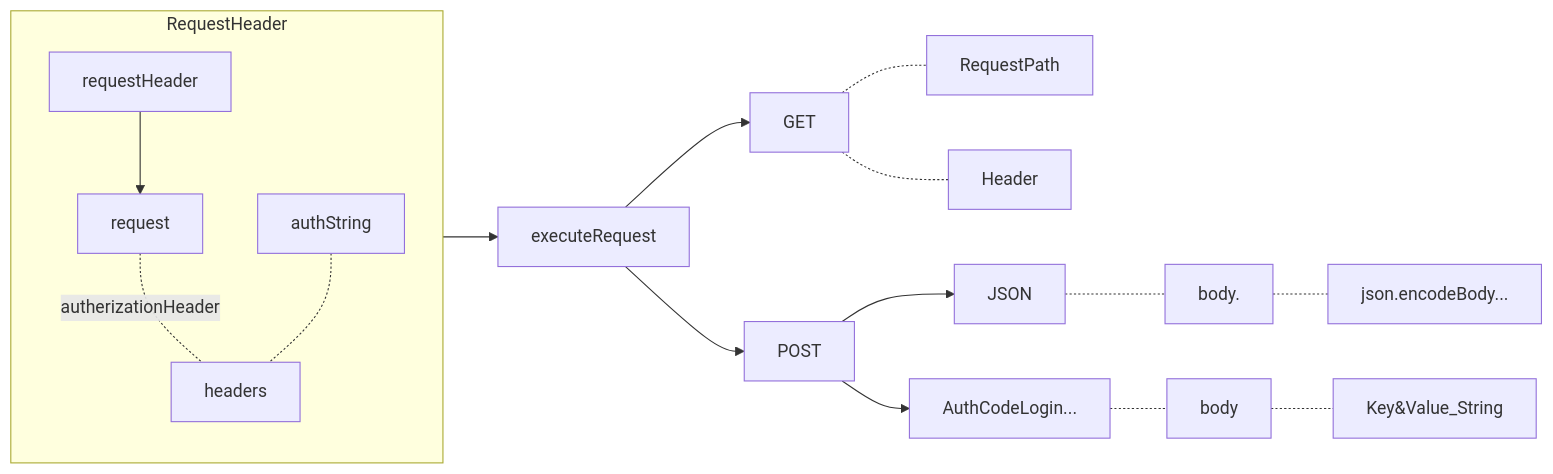
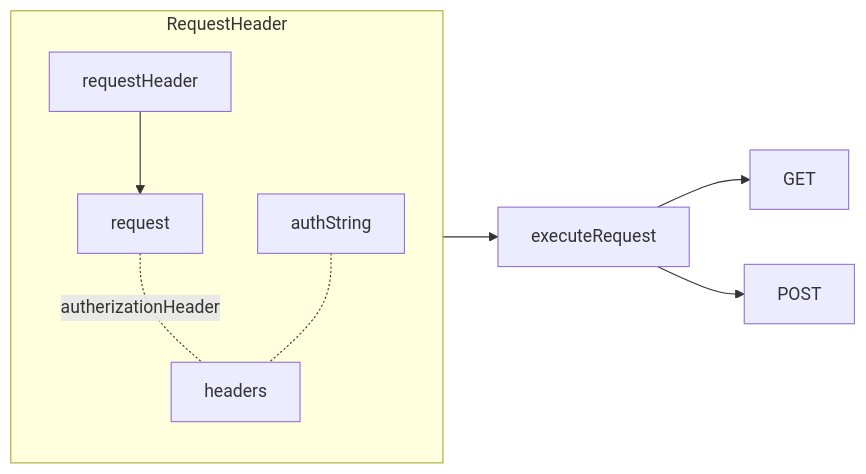
One commit to gordianknotC/nxp_note changed the fifth of 7 diagrams in newage/astro.md. Above: the diagram before and after it, drawn with Mermaid. The commit also changed other lines of this file, not shown here.

Commit message:
newage/astro.md updated from https://stackedit.io/

````diff
--- a/newage/astro.md
+++ b/newage/astro.md
@@ -66,25 +66,12 @@
 ```mermaid
 graph LR
 	subgraph RequestHeader
 	request -.-|autherizationHeader| headers
 	authString -.- headers
 	requestHeader --> request
 end
 
 RequestHeader --> executeRequest  
 executeRequest --> GET
 executeRequest --> POST
-
-GET -.- RequestPath
-GET -.- Header
-
-POST --> JSON
-JSON -.- body.
-body. -.- json.encodeBody...
-POST --> AuthCodeLogin...
-AuthCodeLogin... -.- body
-body -.- Key&Value_String
-
-
-
 ```
````
